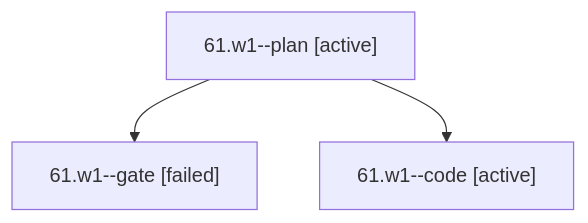
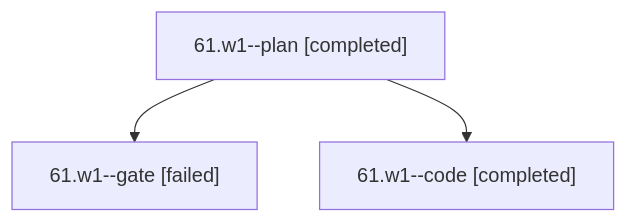
Before and after one commit to bobs-org/bob-cli--agents: the diagram in sessions/bbugyi200.apollo.61.w1.md, drawn with Mermaid. The commit also changed other lines of this file and 68 other files, not shown here.

````diff
--- a/sessions/bbugyi200.apollo.61.w1.md
+++ b/sessions/bbugyi200.apollo.61.w1.md
@@ -9,8 +9,8 @@
 ```mermaid
 flowchart TD
-  n0["61.w1--plan [active]"]
+  n0["61.w1--plan [completed]"]
   n1["61.w1--gate [failed]"]
   n0 --> n1
-  n2["61.w1--code [active]"]
+  n2["61.w1--code [completed]"]
   n0 --> n2
 ```
````
